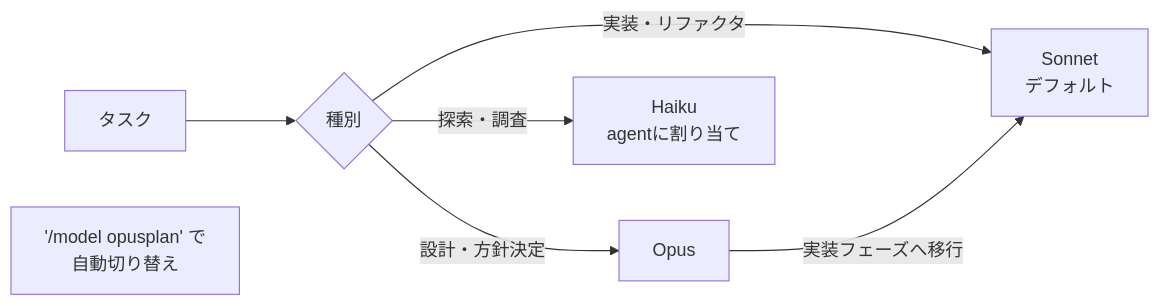
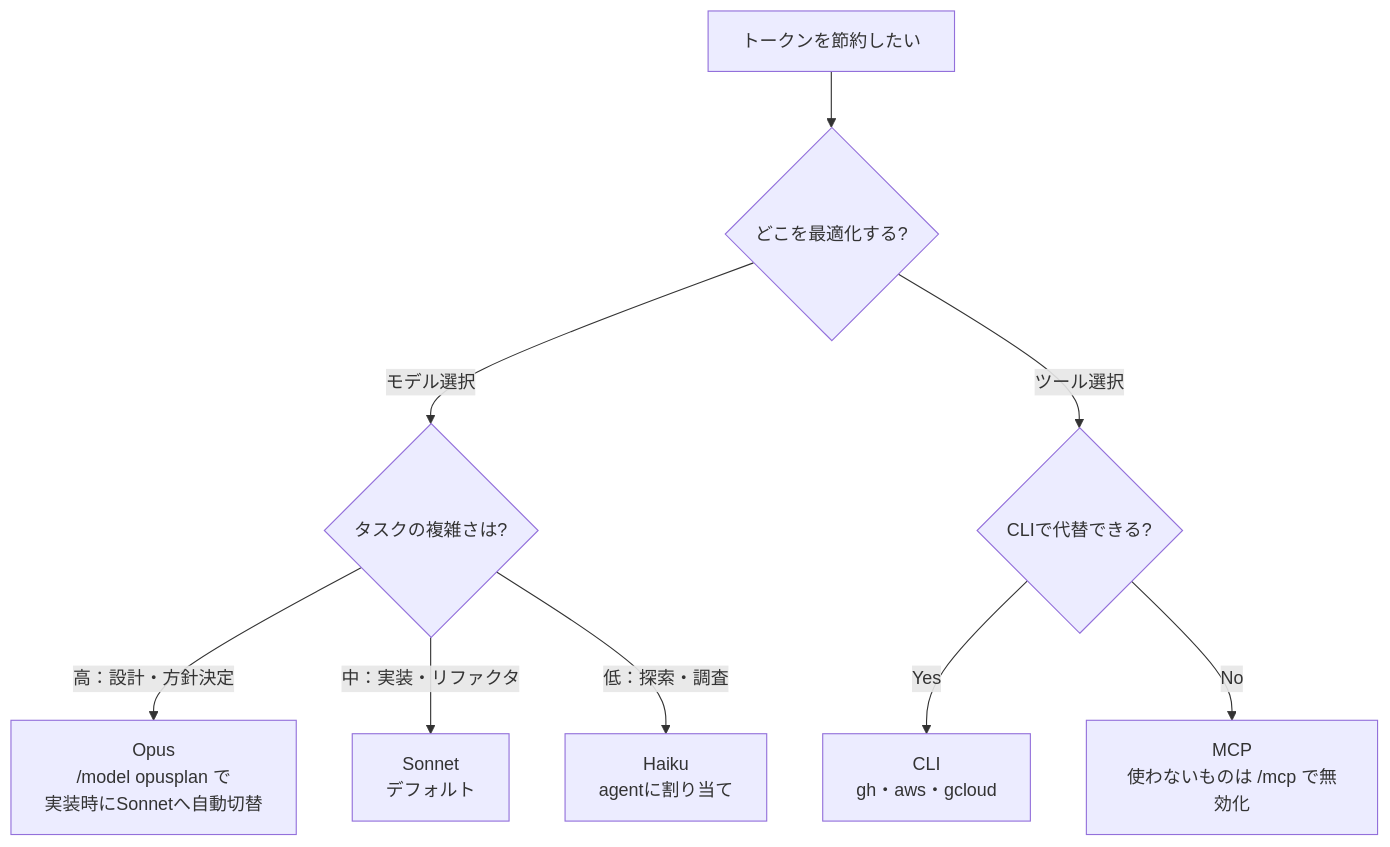
Before and after one commit to taichi-t/claude: the second of 2 diagrams in docs/AI_COLLABORATION.md, drawn with Mermaid. The commit also changed other lines of this file, not shown here.

Commit message:
Rewrite token optimization as decision flowchart
モデル選択とツール選択を一本の判断フローに統合。
opusplan・MCP vs CLIの使い分けも図に組み込み。

https://claude.ai/code/session_016gUnTojp3HBXcCSGgHM1WQ

````diff
--- a/docs/AI_COLLABORATION.md
+++ b/docs/AI_COLLABORATION.md
@@ -53,10 +53,13 @@
 ```mermaid
-flowchart LR
-    Task["タスク"] --> D{種別}
-    D -->|設計・方針決定| Opus
-    D -->|実装・リファクタ| Sonnet["Sonnet\nデフォルト"]
-    D -->|探索・調査| Haiku["Haiku\nagentに割り当て"]
+flowchart TD
+    Start["トークンを節約したい"] --> Q1{どこを最適化する?}
 
-    Opus -->|実装フェーズへ移行| Sonnet
-    note["'/model opusplan' で\n自動切り替え"]
+    Q1 -->|モデル選択| Q2{タスクの複雑さは?}
+    Q2 -->|高：設計・方針決定| Opus["Opus\n/model opusplan で\n実装時にSonnetへ自動切替"]
+    Q2 -->|中：実装・リファクタ| Sonnet["Sonnet\nデフォルト"]
+    Q2 -->|低：探索・調査| Haiku["Haiku\nagentに割り当て"]
+
+    Q1 -->|ツール選択| Q3{CLIで代替できる?}
+    Q3 -->|Yes| CLI["CLI\ngh・aws・gcloud"]
+    Q3 -->|No| MCP["MCP\n使わないものは /mcp で無効化"]
 ```
````
